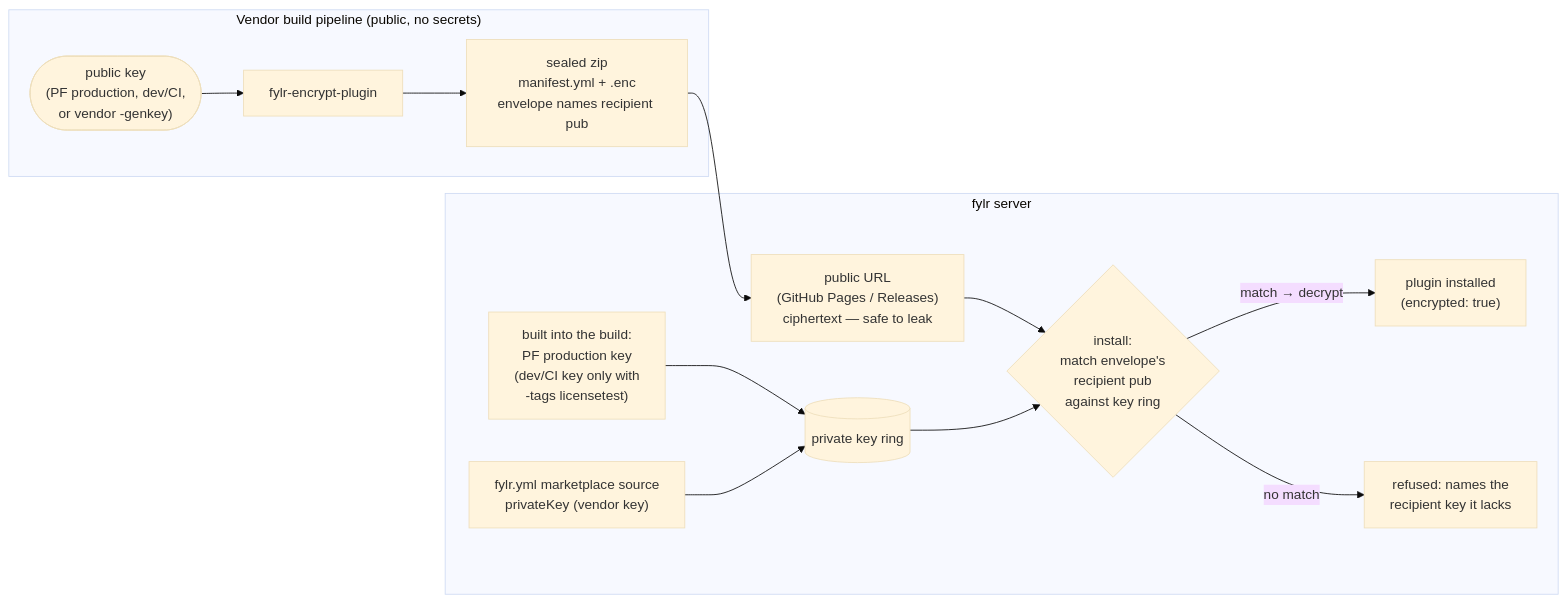
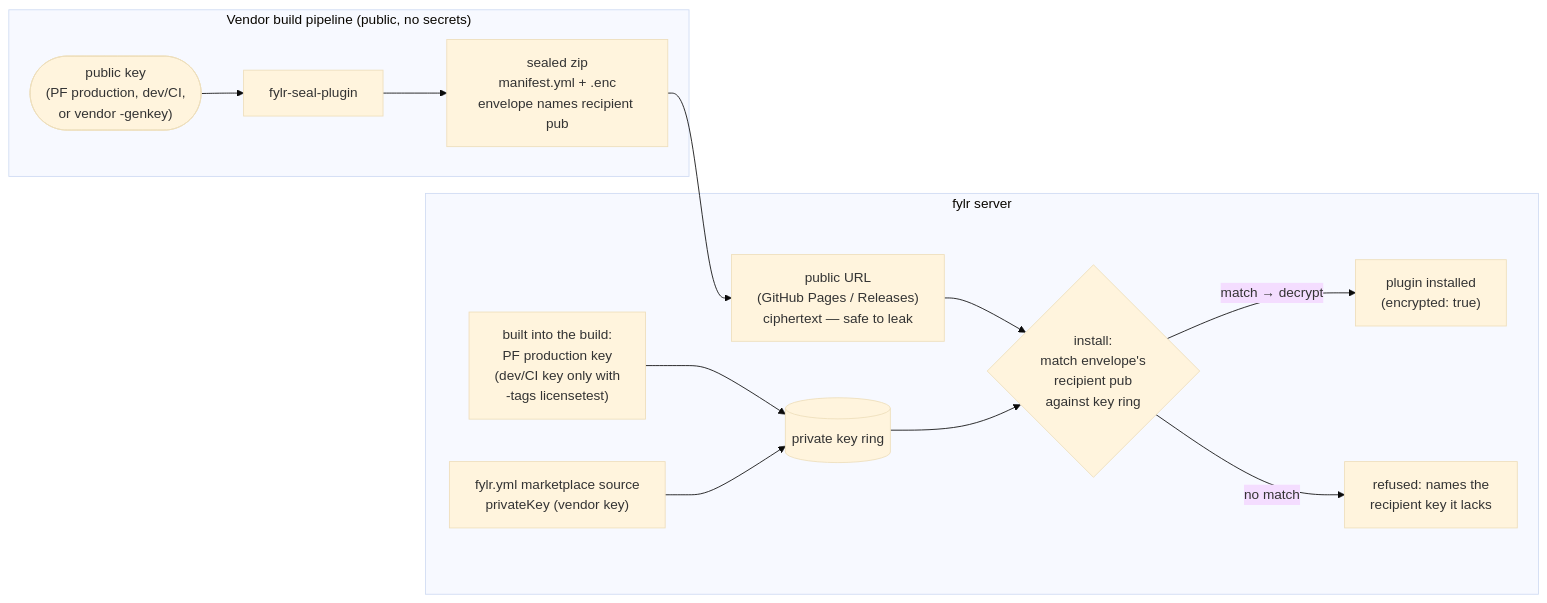
The diagram in for-developers/concepts/white-papers/secure-plugin-delivery.md (programmfabrik/fylr-gitbook), drawn with Mermaid (base theme) before and after one commit. The commit also changed other lines of this file, not shown here.

Commit message:
secure-plugin-delivery: fylr-seal-plugin rename + recipient hint in the artifact

````diff
--- a/for-developers/concepts/white-papers/secure-plugin-delivery.md
+++ b/for-developers/concepts/white-papers/secure-plugin-delivery.md
@@ -68,24 +68,24 @@
 ```mermaid
 flowchart LR
     subgraph vendor["Vendor build pipeline (public, no secrets)"]
         pubkey(["public key<br/>(PF production, dev/CI,<br/>or vendor -genkey)"])
-        sealer["fylr-encrypt-plugin"]
+        sealer["fylr-seal-plugin"]
         pubkey --> sealer
         artifact["sealed zip<br/>manifest.yml + .enc<br/>envelope names recipient pub"]
         sealer --> artifact
     end
 
     artifact --> hosting["public URL<br/>(GitHub Pages / Releases)<br/>ciphertext — safe to leak"]
 
     subgraph server["fylr server"]
         hosting --> match{"install:<br/>match envelope's<br/>recipient pub<br/>against key ring"}
         ring[("private key ring")]
         built["built into the build:<br/>PF production key<br/>(dev/CI key only with<br/>-tags licensetest)"]
         cfg["fylr.yml marketplace source<br/>privateKey (vendor key)"]
         built --> ring
         cfg --> ring
         ring --> match
         match -->|"match → decrypt"| installed["plugin installed<br/>(encrypted: true)"]
         match -->|"no match"| refuse["refused: names the<br/>recipient key it lacks"]
     end
 ```
````
